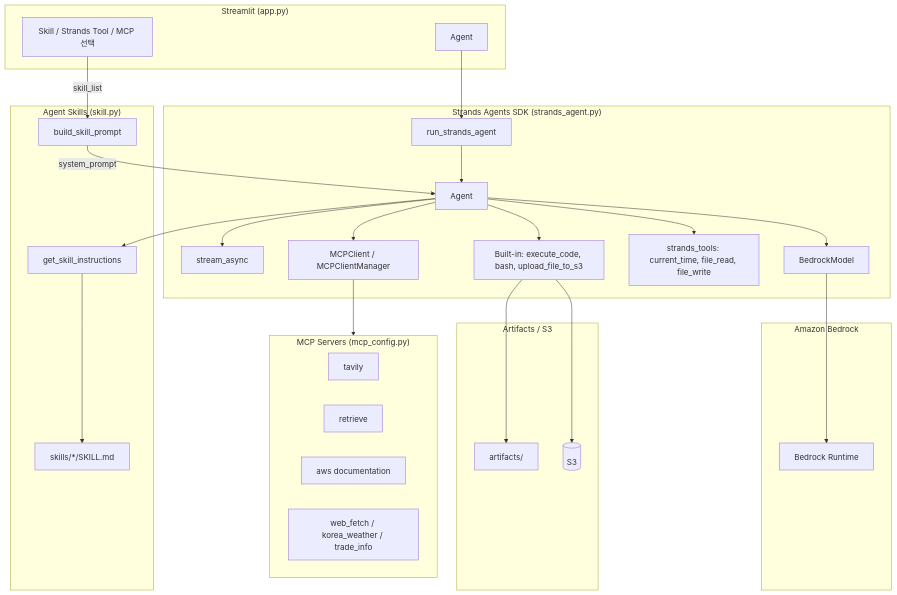
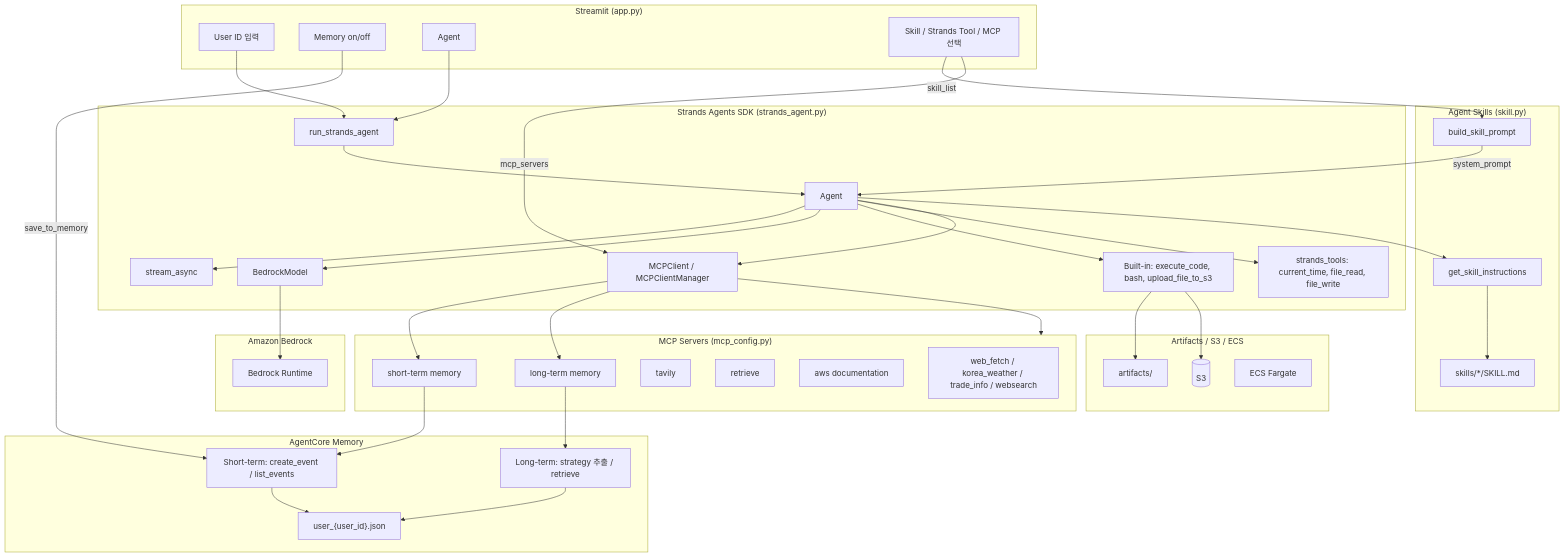
The diagram in README.md (kyopark2014/strands-ecs-project), drawn with Mermaid before and after one commit. The commit also changed other lines of this file and 11 other files, not shown here.

````diff
--- a/README.md
+++ b/README.md
@@ -26,56 +95,76 @@
 ```mermaid
 flowchart TB
   subgraph UI["Streamlit (app.py)"]
+    UID[User ID 입력]
+    MEMCHK[Memory on/off]
     M[Agent]
     SKUI[Skill / Strands Tool / MCP 선택]
+  end
+
+  subgraph MemoryStack["AgentCore Memory"]
+    STM[Short-term: create_event / list_events]
+    LTM[Long-term: strategy 추출 / retrieve]
+    UJSON["user_{user_id}.json"]
   end
 
   subgraph LLM["Amazon Bedrock"]
     BR[Bedrock Runtime]
   end
 
   subgraph Skills["Agent Skills (skill.py)"]
     SRC["skills/*/SKILL.md"]
     BSP[build_skill_prompt]
     GSI[get_skill_instructions]
   end
 
   subgraph StrandsStack["Strands Agents SDK (strands_agent.py)"]
     RSA[run_strands_agent]
     A[Agent]
     SA[stream_async]
     BM[BedrockModel]
     BT["Built-in: execute_code, bash, upload_file_to_s3"]
     ST["strands_tools: current_time, file_read, file_write"]
     MCP[MCPClient / MCPClientManager]
   end
 
   subgraph MCPServers["MCP Servers (mcp_config.py)"]
+    STMCP[short-term memory]
+    LTMCP[long-term memory]
     T[tavily]
     R[retrieve]
     AWS[aws documentation]
-    WF[web_fetch / korea_weather / trade_info]
+    WF[web_fetch / korea_weather / trade_info / websearch]
   end
 
-  subgraph Storage["Artifacts / S3"]
+  subgraph Storage["Artifacts / S3 / ECS"]
     ART[artifacts/]
     S3[(S3)]
+    ECS[ECS Fargate]
   end
 
+  UID --> RSA
+  MEMCHK -->|save_to_memory| STM
   M --> RSA
   SKUI -->|skill_list| BSP
+  SKUI -->|mcp_servers| MCP
 
   RSA --> A
   A --> SA
   A --> BM
   BM --> BR
   A --> BT
   A --> ST
   A --> MCP
   A --> GSI
   BSP -->|system_prompt| A
   GSI --> SRC
   MCP --> MCPServers
+  MCP --> STMCP
+  MCP --> LTMCP
+  STMCP --> STM
+  LTMCP --> LTM
+  STM --> UJSON
+  LTM --> UJSON
   BT --> ART
   BT --> S3
 ```
````
